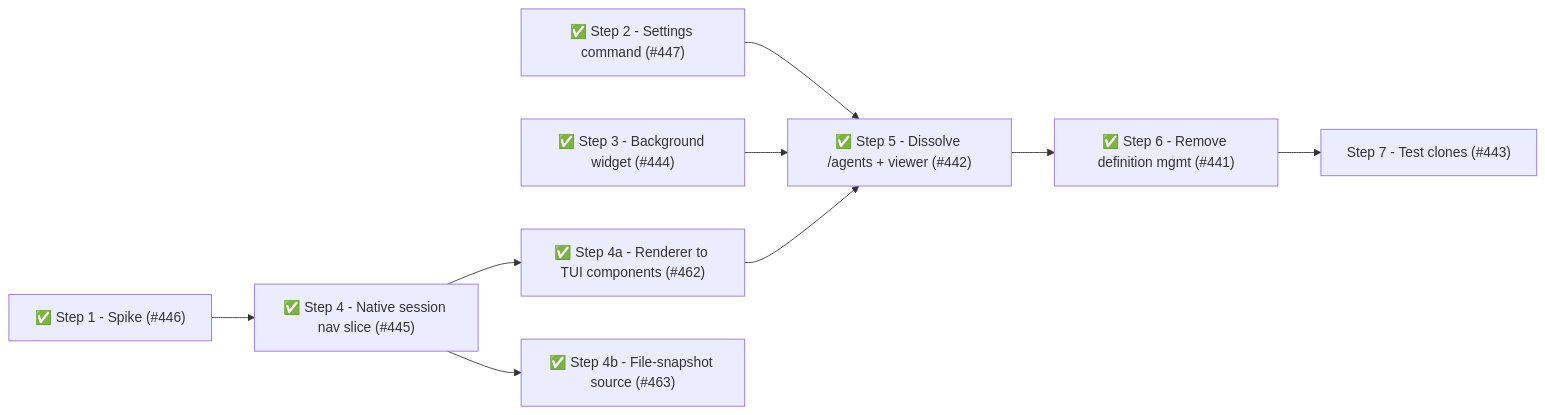
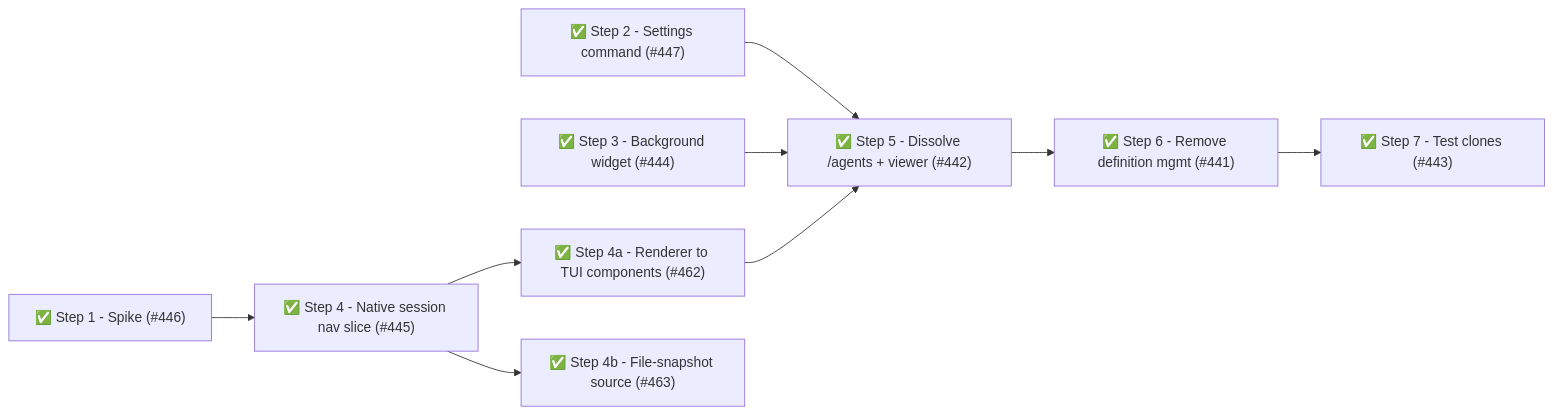
One commit to whaoa/forked-gotgenes-pi-packages changed the sixth of 6 diagrams in packages/pi-subagents/docs/architecture/architecture.md. Above: the diagram before and after it, drawn with Mermaid. The commit also changed other lines of this file, not shown here.

Commit message:
docs(pi-subagents): reconcile Phase 19 Step 7 outcome with achieved clone count

````diff
--- a/packages/pi-subagents/docs/architecture/architecture.md
+++ b/packages/pi-subagents/docs/architecture/architecture.md
@@ -1119,21 +1122,21 @@
 ```mermaid
 flowchart LR
     S1["✅ Step 1 - Spike (#446)"]
     S2["✅ Step 2 - Settings command (#447)"]
     S3["✅ Step 3 - Background widget (#444)"]
     S4["✅ Step 4 - Native session nav slice (#445)"]
     S4a["✅ Step 4a - Renderer to TUI components (#462)"]
     S4b["✅ Step 4b - File-snapshot source (#463)"]
     S5["✅ Step 5 - Dissolve /agents + viewer (#442)"]
     S6["✅ Step 6 - Remove definition mgmt (#441)"]
-    S7["Step 7 - Test clones (#443)"]
+    S7["✅ Step 7 - Test clones (#443)"]
 
     S1 --> S4
     S4 --> S4a
     S4 --> S4b
     S2 --> S5
     S3 --> S5
     S4a --> S5
     S5 --> S6
     S6 --> S7
 ```
````
